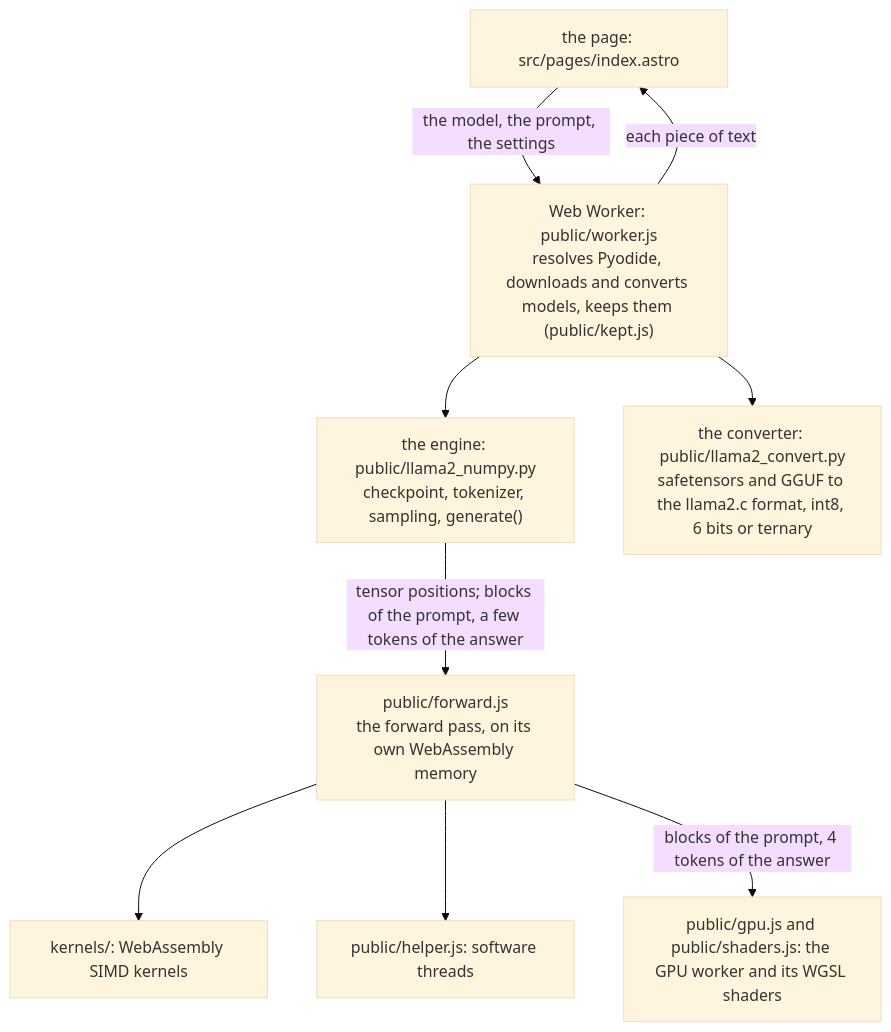
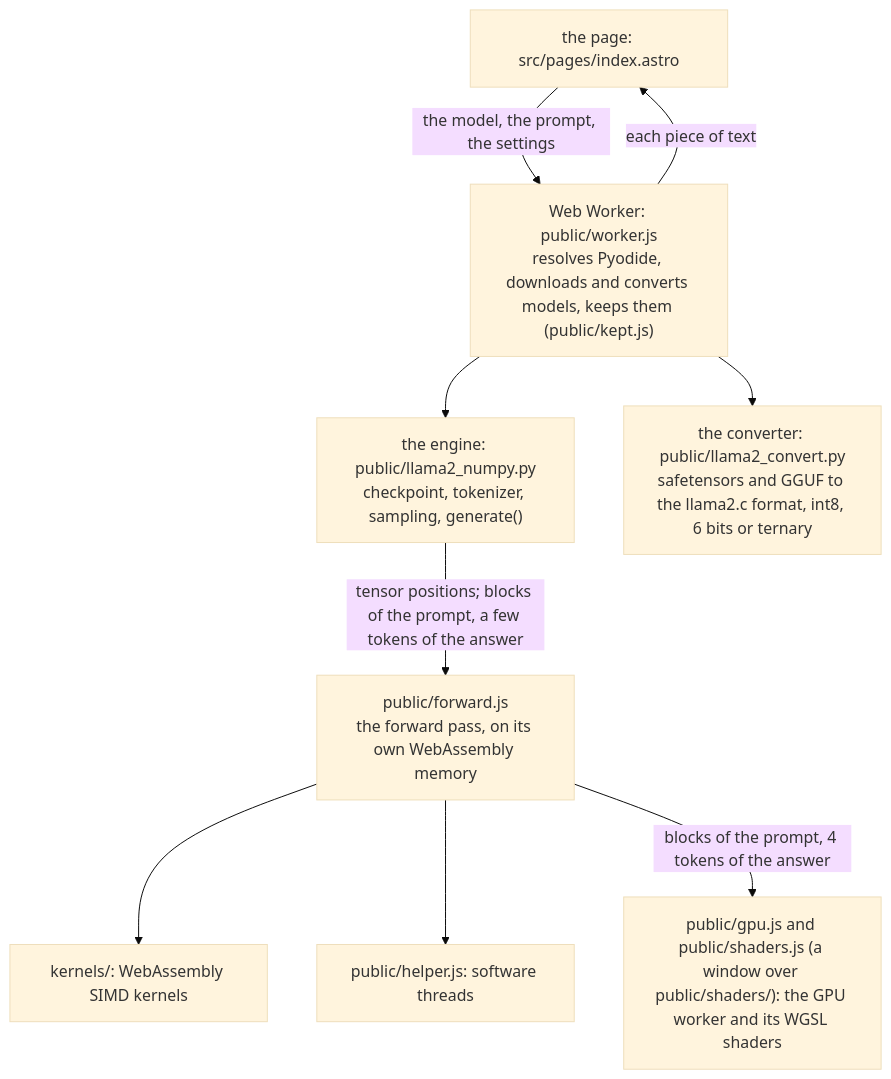
The diagram in docs/architecture.md (takano32/pyodide-llm), drawn with Mermaid (base theme) before and after one commit. The commit also changed other lines of this file and 6 other files, not shown here.

First line of the commit message:
T351 review: Copy the TensorFlow.js notice to the two parts that hold lines of its form, and point the documents at public/shaders/

````diff
--- a/docs/architecture.md
+++ b/docs/architecture.md
@@ -8,19 +8,19 @@
 ```mermaid
 flowchart TD
   page["the page: src/pages/index.astro"]
   worker["Web Worker: public/worker.js<br/>resolves Pyodide, downloads and converts models, keeps them (public/kept.js)"]
   engine["the engine: public/llama2_numpy.py<br/>checkpoint, tokenizer, sampling, generate()"]
   convert["the converter: public/llama2_convert.py<br/>safetensors and GGUF to the llama2.c format, int8, 6 bits or ternary"]
   forward["public/forward.js<br/>the forward pass, on its own WebAssembly memory"]
   kernels["kernels/: WebAssembly SIMD kernels"]
   helper["public/helper.js: software threads"]
-  gpu["public/gpu.js and public/shaders.js: the GPU worker and its WGSL shaders"]
+  gpu["public/gpu.js and public/shaders.js (a window over public/shaders/): the GPU worker and its WGSL shaders"]
   page -- "the model, the prompt, the settings" --> worker
   worker -- "each piece of text" --> page
   worker --> engine
   worker --> convert
   engine -- "tensor positions; blocks of the prompt, a few tokens of the answer" --> forward
   forward --> kernels
   forward --> helper
   forward -- "blocks of the prompt, 4 tokens of the answer" --> gpu
 ```
````
